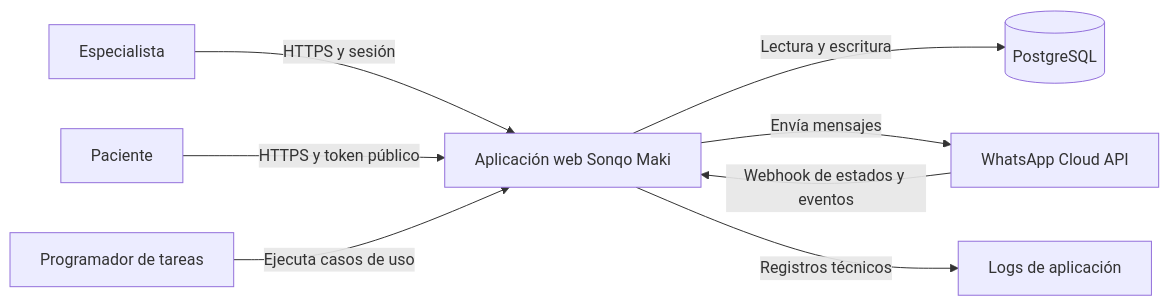
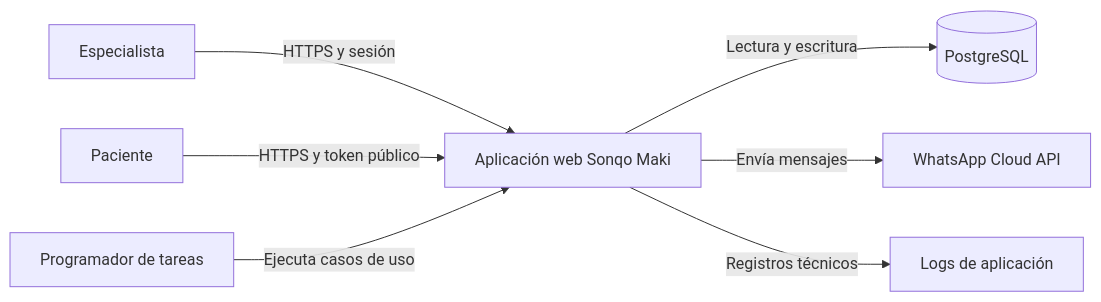
Before and after one commit to mirko2816/Sistema-SonqoMaki: the first of 3 diagrams in 04-arquitectura/arquitectura-general.md, drawn with Mermaid. The commit also changed other lines of this file, not shown here.

````diff
--- a/04-arquitectura/arquitectura-general.md
+++ b/04-arquitectura/arquitectura-general.md
@@ -63,10 +63,9 @@
 ```mermaid
 flowchart LR
     E["Especialista"] -->|"HTTPS y sesión"| WEB["Aplicación web Sonqo Maki"]
     P["Paciente"] -->|"HTTPS y token público"| WEB
     WEB -->|"Lectura y escritura"| DB[("PostgreSQL")]
     SCH["Programador de tareas"] -->|"Ejecuta casos de uso"| WEB
     WEB -->|"Envía mensajes"| WA["WhatsApp Cloud API"]
-    WA -->|"Webhook de estados y eventos"| WEB
     WEB -->|"Registros técnicos"| LOG["Logs de aplicación"]
 ```
````
